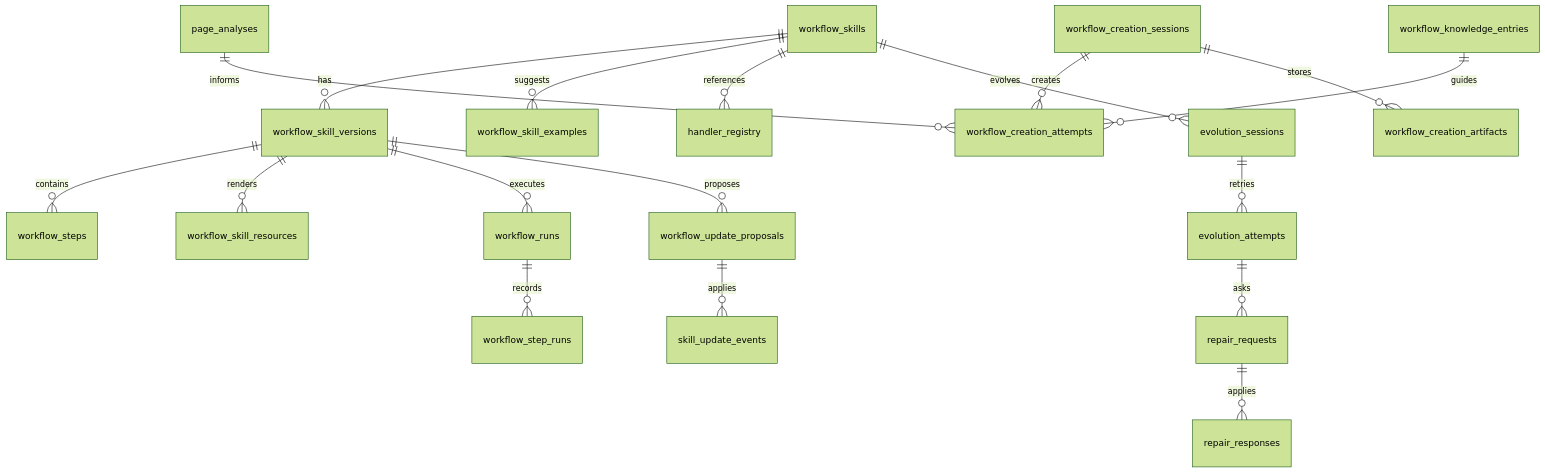
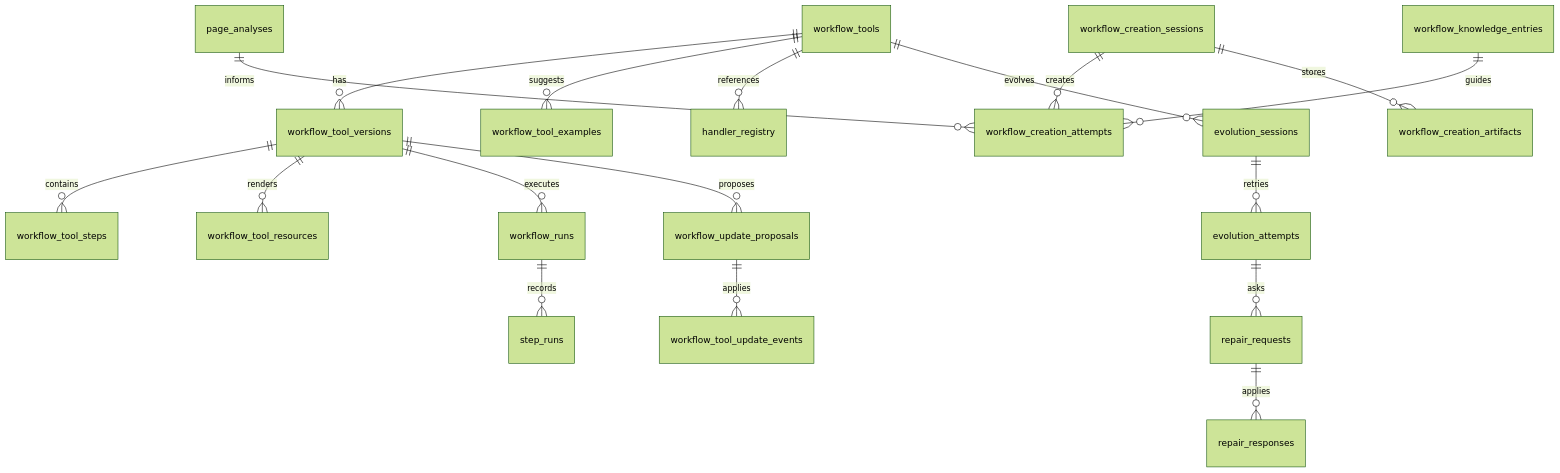
Before and after one commit to minguk-jang/spica_at_home: the first of 6 diagrams in webmcp/docs/WORKFLOWS.md, drawn with Mermaid (forest theme). The commit also changed other lines of this file and 51 other files, not shown here.

Commit message:
Add workflow tool memory and JS export

````diff
--- a/webmcp/docs/WORKFLOWS.md
+++ b/webmcp/docs/WORKFLOWS.md
@@ -9,20 +11,20 @@
 ```mermaid
 erDiagram
-  workflow_skills ||--o{ workflow_skill_versions : has
-  workflow_skill_versions ||--o{ workflow_steps : contains
-  workflow_skill_versions ||--o{ workflow_skill_resources : renders
-  workflow_skill_versions ||--o{ workflow_runs : executes
-  workflow_runs ||--o{ workflow_step_runs : records
-  workflow_skills ||--o{ workflow_skill_examples : suggests
+  workflow_tools ||--o{ workflow_tool_versions : has
+  workflow_tool_versions ||--o{ workflow_tool_steps : contains
+  workflow_tool_versions ||--o{ workflow_tool_resources : renders
+  workflow_tool_versions ||--o{ workflow_runs : executes
+  workflow_runs ||--o{ step_runs : records
+  workflow_tools ||--o{ workflow_tool_examples : suggests
   workflow_creation_sessions ||--o{ workflow_creation_attempts : creates
   workflow_creation_sessions ||--o{ workflow_creation_artifacts : stores
   page_analyses ||--o{ workflow_creation_attempts : informs
   workflow_knowledge_entries ||--o{ workflow_creation_attempts : guides
-  workflow_skills ||--o{ handler_registry : references
-  workflow_skill_versions ||--o{ workflow_update_proposals : proposes
-  workflow_update_proposals ||--o{ skill_update_events : applies
-  workflow_skills ||--o{ evolution_sessions : evolves
+  workflow_tools ||--o{ handler_registry : references
+  workflow_tool_versions ||--o{ workflow_update_proposals : proposes
+  workflow_update_proposals ||--o{ workflow_tool_update_events : applies
+  workflow_tools ||--o{ evolution_sessions : evolves
   evolution_sessions ||--o{ evolution_attempts : retries
   evolution_attempts ||--o{ repair_requests : asks
   repair_requests ||--o{ repair_responses : applies
 ```
````
